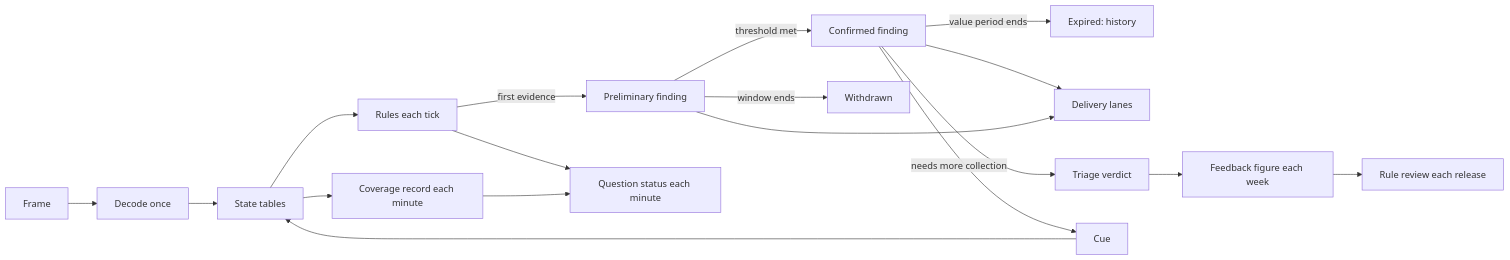
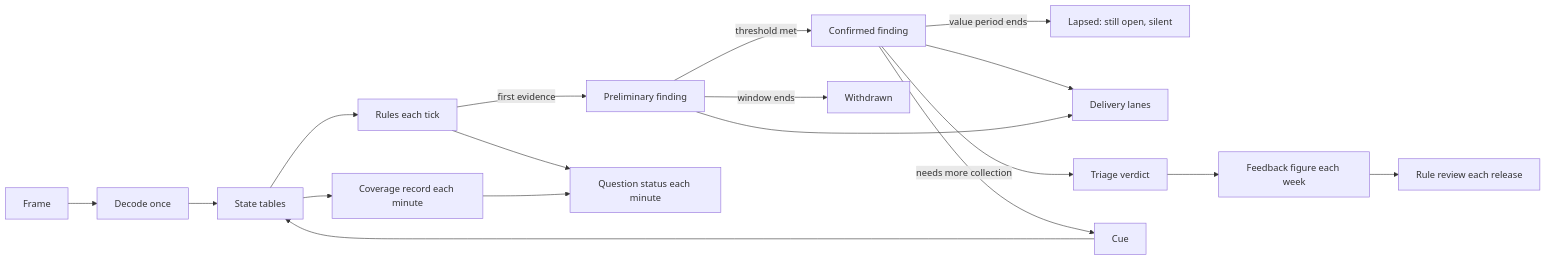
One commit to SpaceTrucker2196/sloth changed the diagram in docs/wiki/collection-cycle.md. Above: the diagram before and after it, drawn with Mermaid. The commit also changed other lines of this file and 36 other files, not shown here.

````diff
--- a/docs/wiki/collection-cycle.md
+++ b/docs/wiki/collection-cycle.md
@@ -124,20 +124,20 @@
 ```mermaid
 flowchart LR
   F[Frame] --> D[Decode once]
   D --> S[State tables]
   S --> R[Rules each tick]
   R -->|first evidence| P[Preliminary finding]
   P -->|threshold met| C[Confirmed finding]
   P -->|window ends| W[Withdrawn]
-  C -->|value period ends| X[Expired: history]
+  C -->|value period ends| X[Lapsed: still open, silent]
   R --> Q[Question status each minute]
   S --> V[Coverage record each minute]
   V --> Q
   C --> N[Delivery lanes]
   P --> N
   C --> T[Triage verdict]
   T --> FB[Feedback figure each week]
   FB --> RV[Rule review each release]
   C -->|needs more collection| CU[Cue]
   CU --> S
 ```
````
